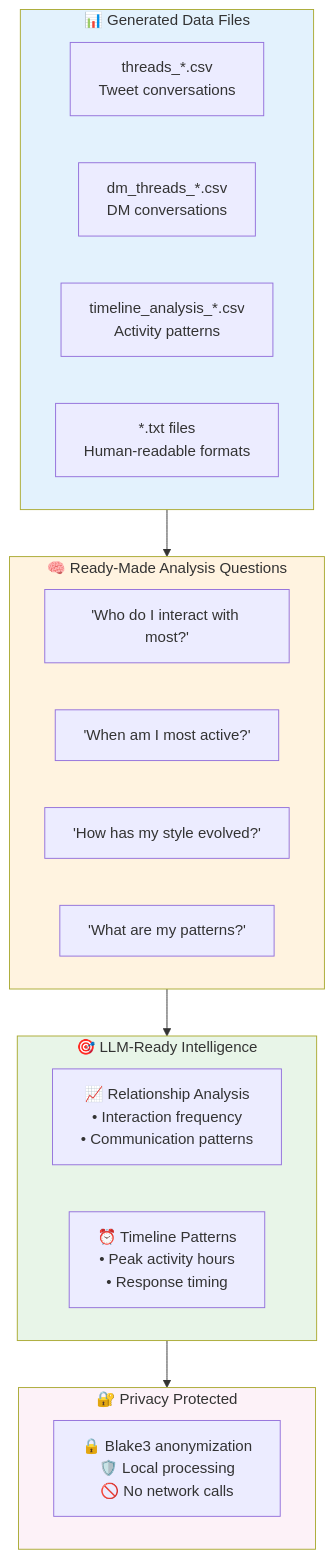
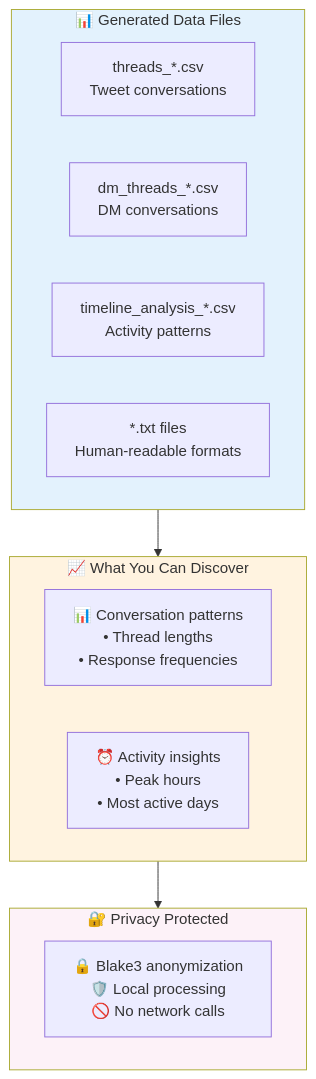
The fifth of 5 diagrams in ReadMe.md (that-in-rust/tweet-scrolls), drawn with Mermaid before and after one commit. The commit also changed other lines of this file and 3 other files, not shown here.

````diff
--- a/ReadMe.md
+++ b/ReadMe.md
@@ -277,36 +277,26 @@
 ```mermaid
 flowchart TD
     subgraph Files ["📊 Generated Data Files"]
         A1["threads_*.csv<br/>Tweet conversations"]
         A2["dm_threads_*.csv<br/>DM conversations"]
         A3["timeline_analysis_*.csv<br/>Activity patterns"]
         A4["*.txt files<br/>Human-readable formats"]
     end
     
-    Files --> Questions
+    Files --> Analysis
     
-    subgraph Questions ["🧠 Ready-Made Analysis Questions"]
-        B1["'Who do I interact with most?'"]
-        B2["'When am I most active?'"]
-        B3["'How has my style evolved?'"]
-        B4["'What are my patterns?'"]
+    subgraph Analysis ["📈 What You Can Discover"]
+        B1["📊 Conversation patterns<br/>• Thread lengths<br/>• Response frequencies"]
+        B2["⏰ Activity insights<br/>• Peak hours<br/>• Most active days"]
     end
     
-    Questions --> Intelligence
-    
-    subgraph Intelligence ["🎯 LLM-Ready Intelligence"]
-        C1["📈 Relationship Analysis<br/>• Interaction frequency<br/>• Communication patterns"]
-        C2["⏰ Timeline Patterns<br/>• Peak activity hours<br/>• Response timing"]
-    end
-    
-    Intelligence --> Privacy
+    Analysis --> Privacy
     
     subgraph Privacy ["🔐 Privacy Protected"]
-        D1["🔒 Blake3 anonymization<br/>🛡️ Local processing<br/>🚫 No network calls"]
+        C1["🔒 Blake3 anonymization<br/>🛡️ Local processing<br/>🚫 No network calls"]
     end
     
     style Files fill:#e3f2fd
-    style Questions fill:#fff3e0
-    style Intelligence fill:#e8f5e8
+    style Analysis fill:#fff3e0
     style Privacy fill:#fdf2f8
 ```
````
